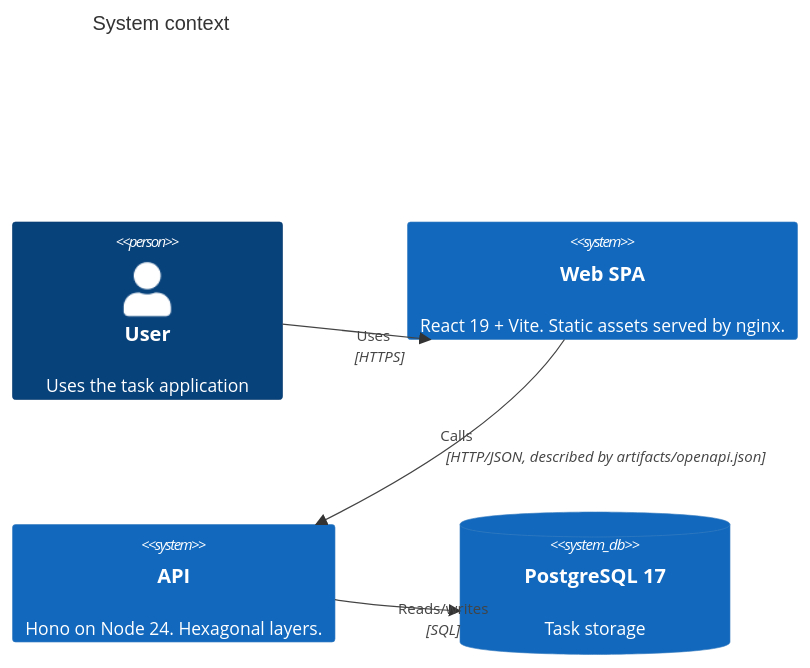
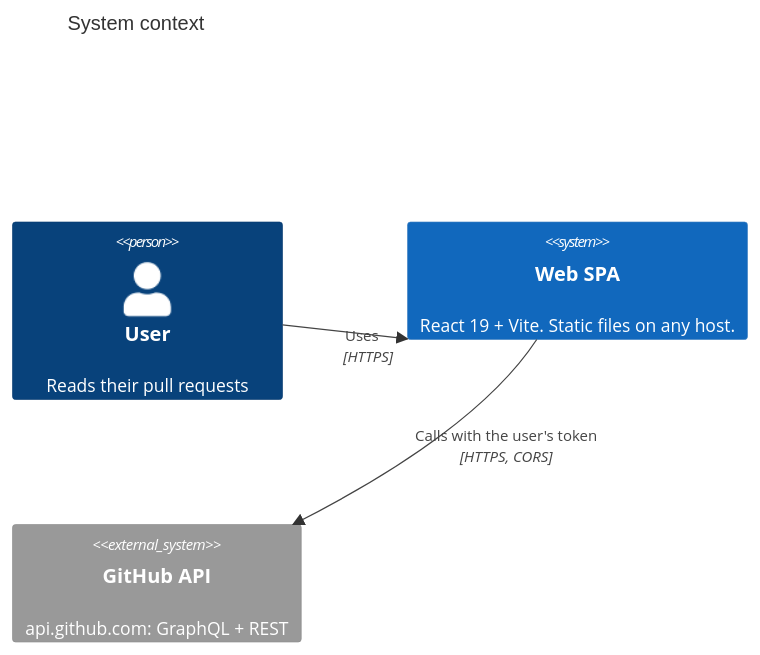
Before and after one commit to zzeebbii/github-dashboard: the first of 3 diagrams in docs/architecture/overview.md, drawn with Mermaid. The commit also changed other lines of this file and 20 other files, not shown here.

````diff
--- a/docs/architecture/overview.md
+++ b/docs/architecture/overview.md
@@ -7,13 +8,11 @@
 ```mermaid
 C4Context
   title System context
 
-  Person(user, "User", "Uses the task application")
-  System(spa, "Web SPA", "React 19 + Vite. Static assets served by nginx.")
-  System(api, "API", "Hono on Node 24. Hexagonal layers.")
-  SystemDb(db, "PostgreSQL 17", "Task storage")
+  Person(user, "User", "Reads their pull requests")
+  System(spa, "Web SPA", "React 19 + Vite. Static files on any host.")
+  System_Ext(github, "GitHub API", "api.github.com: GraphQL + REST")
 
   Rel(user, spa, "Uses", "HTTPS")
-  Rel(spa, api, "Calls", "HTTP/JSON, described by artifacts/openapi.json")
-  Rel(api, db, "Reads/writes", "SQL")
+  Rel(spa, github, "Calls with the user's token", "HTTPS, CORS")
 ```
````
